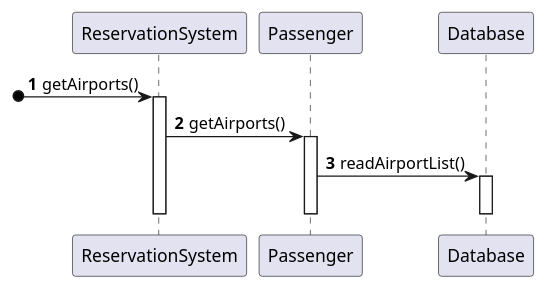
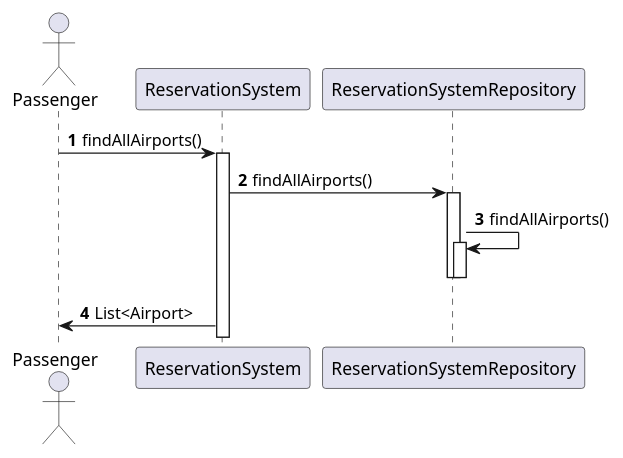
One commit to Ochirgarid/mpp-project changed the diagram in diagrams/plantuml/3-1-sequence-diagram.md. Above: the diagram before and after it, drawn with PlantUML. The commit also changed 9 other files, not shown here.

Commit message:
diagrams update

````diff
--- a/diagrams/plantuml/3-1-sequence-diagram.md
+++ b/diagrams/plantuml/3-1-sequence-diagram.md
@@ -1,15 +1,20 @@
 ```plantuml
 @startuml
+
+Actor Passenger
+
 autonumber
-[o-> ReservationSystem : getAirports()
+Passenger-> ReservationSystem : findAllAirports()
 activate ReservationSystem
-ReservationSystem -> Passenger: getAirports()
-activate Passenger
-Passenger -> Database : readAirportList()
-activate Database
-deactivate Database
-deactivate Passenger
-deactivate ReservationSystem
+ReservationSystem -> ReservationSystemRepository: findAllAirports()
+activate ReservationSystemRepository
+ReservationSystemRepository -> ReservationSystemRepository : findAllAirports()
+
+activate ReservationSystemRepository
+deactivate ReservationSystemRepository
+deactivate ReservationSystemRepository
+
+ReservationSystem -> Passenger: List<Airport>
 
 @enduml
 ```
````
